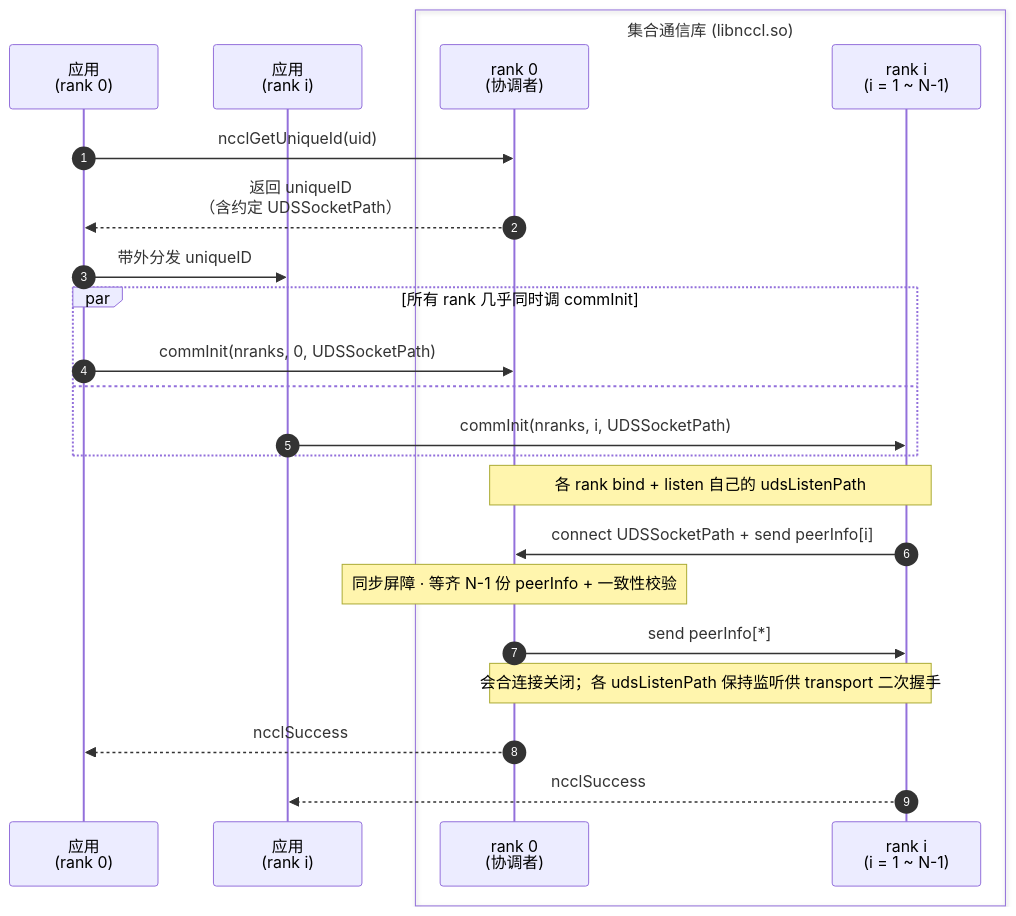
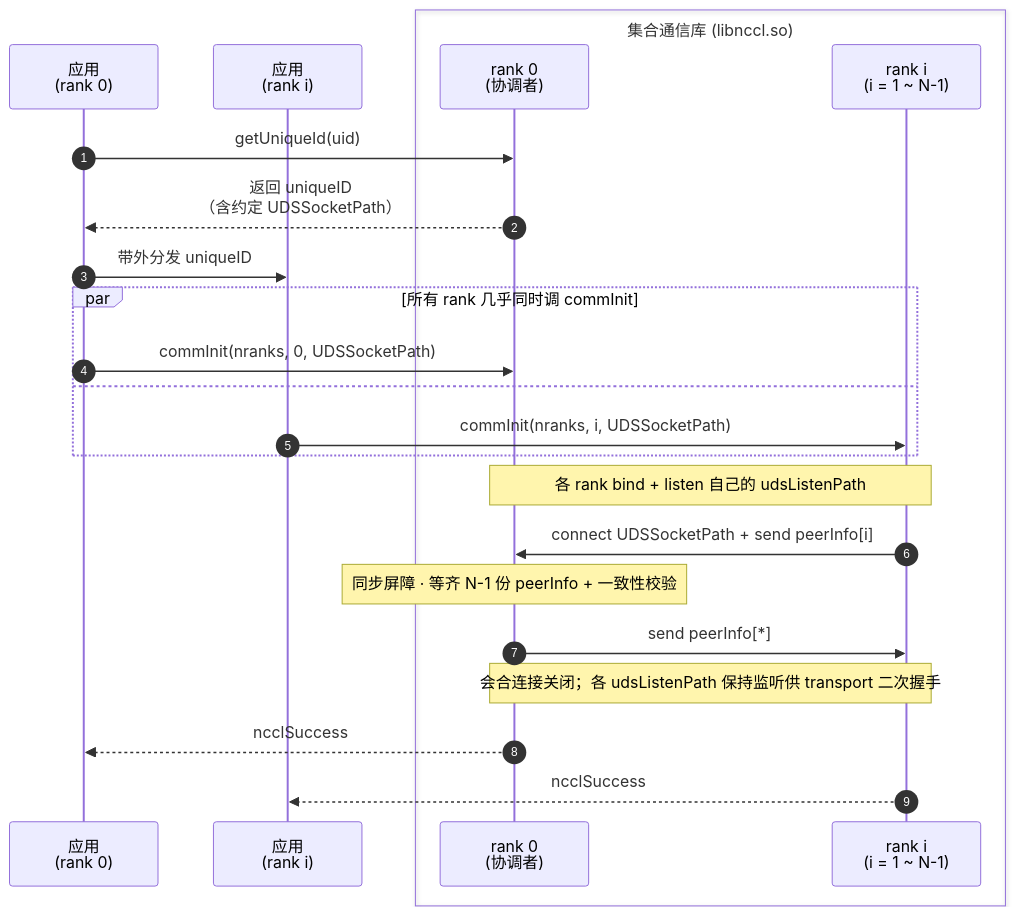
One commit to AaronYang238/nccl_doc changed the third of 7 diagrams in allreduce-outline-design-v1.0/allreduce-outline-design-v2.0.md. Above: the diagram before and after it, drawn with Mermaid. The commit also changed other lines of this file and 1 other file, not shown here.

````diff
--- a/allreduce-outline-design-v1.0/allreduce-outline-design-v2.0.md
+++ b/allreduce-outline-design-v1.0/allreduce-outline-design-v2.0.md
@@ -324,33 +324,33 @@
 ```mermaid
 sequenceDiagram
     autonumber
     participant App0 as 应用<br/>(rank 0)
     participant AppI as 应用<br/>(rank i)
     box 集合通信库 (libnccl.so)
     participant R0 as rank 0<br/>(协调者)
     participant Ri as rank i<br/>(i = 1 ~ N-1)
     end
 
-    App0->>R0: ncclGetUniqueId(uid)
+    App0->>R0: getUniqueId(uid)
     R0-->>App0: 返回 uniqueID<br/>（含约定 UDSSocketPath）
     App0->>AppI: 带外分发 uniqueID
 
     par 所有 rank 几乎同时调 commInit
         App0->>R0: commInit(nranks, 0, UDSSocketPath)
     and
         AppI->>Ri: commInit(nranks, i, UDSSocketPath)
     end
 
     Note over R0,Ri: 各 rank bind + listen 自己的 udsListenPath
 
     Ri->>R0: connect UDSSocketPath + send peerInfo[i]
 
     Note over R0: 同步屏障 · 等齐 N-1 份 peerInfo + 一致性校验
 
     R0->>Ri: send peerInfo[*]
 
     Note over R0,Ri: 会合连接关闭；各 udsListenPath 保持监听供 transport 二次握手
 
     R0-->>App0: ncclSuccess
     Ri-->>AppI: ncclSuccess
 ```
````
